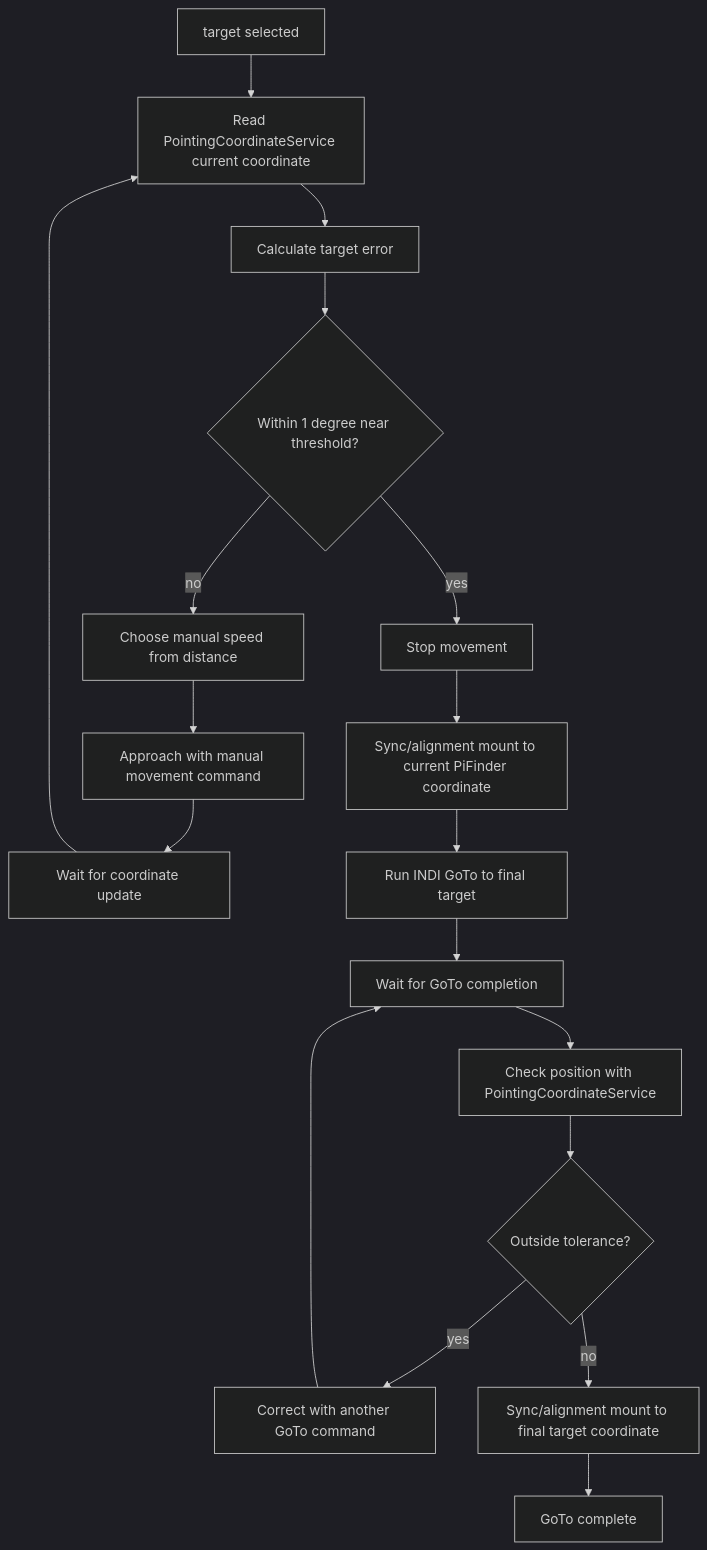
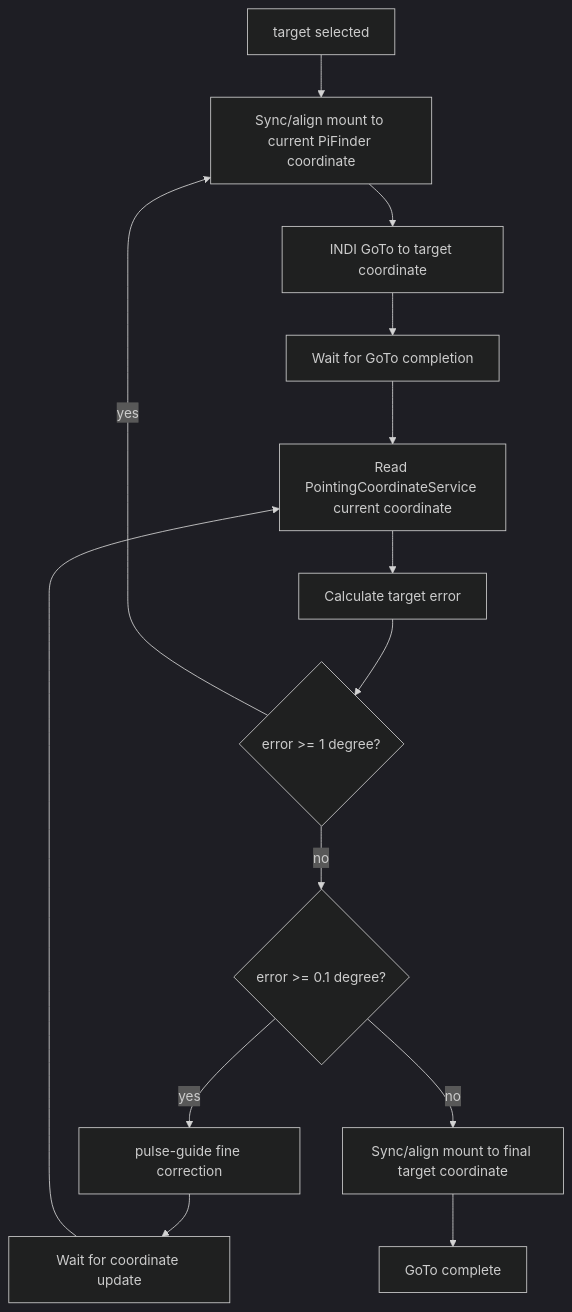
One commit to hjoungjoo/MF_PiFinder changed the second of 5 diagrams in docs/mf_indi_goto_guide_plan_en.md. Above: the diagram before and after it, drawn with Mermaid (dark theme). The commit also changed other lines of this file and 17 other files, not shown here.

First line of the commit message:
feat(indi): PiFinder GoTo sync+GoTo loop, manual re-target, real pulse guide

````diff
--- a/docs/mf_indi_goto_guide_plan_en.md
+++ b/docs/mf_indi_goto_guide_plan_en.md
@@ -360,20 +388,16 @@
 ```mermaid
 flowchart TD
-    A[target selected] --> B[Read PointingCoordinateService current coordinate]
-    B --> C[Calculate target error]
-    C --> D{Within 1 degree near threshold?}
-    D -->|no| E[Choose manual speed from distance]
-    E --> F[Approach with manual movement command]
-    F --> G[Wait for coordinate update]
-    G --> B
-    D -->|yes| H[Stop movement]
-    H --> I[Sync/alignment mount to current PiFinder coordinate]
-    I --> J[Run INDI GoTo to final target]
-    J --> K[Wait for GoTo completion]
-    K --> L[Check position with PointingCoordinateService]
-    L --> M{Outside tolerance?}
-    M -->|yes| N[Correct with another GoTo command]
-    N --> K
-    M -->|no| O[Sync/alignment mount to final target coordinate]
-    O --> P[GoTo complete]
+    A[target selected] --> B[Sync/align mount to current PiFinder coordinate]
+    B --> C[INDI GoTo to target coordinate]
+    C --> D[Wait for GoTo completion]
+    D --> E[Read PointingCoordinateService current coordinate]
+    E --> F[Calculate target error]
+    F --> G{error >= 1 degree?}
+    G -->|yes| B
+    G -->|no| H{error >= 0.1 degree?}
+    H -->|yes| I[pulse-guide fine correction]
+    I --> J[Wait for coordinate update]
+    J --> E
+    H -->|no| K[Sync/align mount to final target coordinate]
+    K --> L[GoTo complete]
 ```
````
